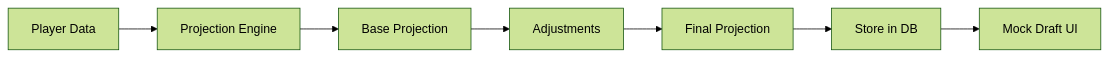
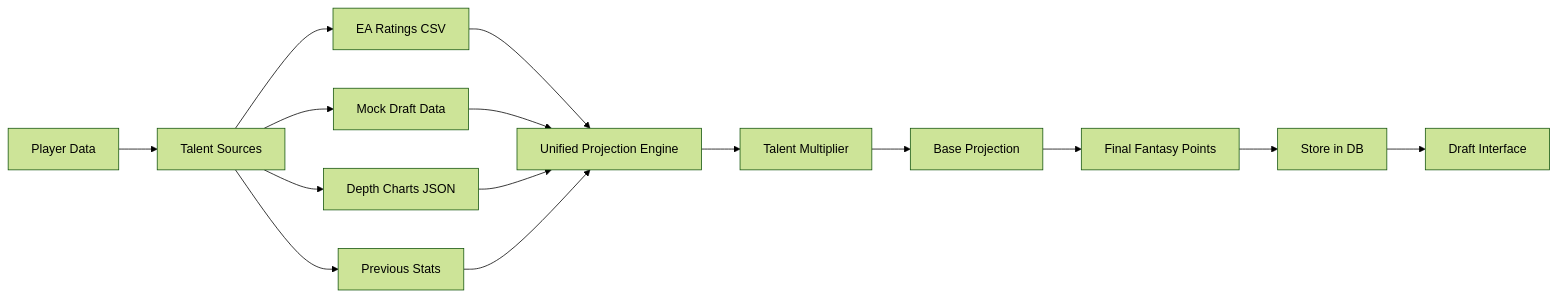
The fifth of 6 diagrams in docs/DATA_FLOW.md (kpm34/college-football-fantasy-app), drawn with Mermaid (forest theme) before and after one commit. The commit also changed other lines of this file and 1 other file, not shown here.

First line of the commit message:
docs: update authentication flow with OAuth integration; enhance talent projections documentation

````diff
--- a/docs/DATA_FLOW.md
+++ b/docs/DATA_FLOW.md
@@ -78,9 +85,17 @@
 ```mermaid
 graph LR
-    A[Player Data] --> B[Projection Engine]
-    B --> C[Base Projection]
-    C --> D[Adjustments]
-    D --> E[Final Projection]
-    E --> F[Store in DB]
-    F --> G[Mock Draft UI]
+    A[Player Data] --> B[Talent Sources]
+    B --> C[EA Ratings CSV]
+    B --> D[Mock Draft Data]
+    B --> E[Depth Charts JSON]
+    B --> F[Previous Stats]
+    C --> G[Unified Projection Engine]
+    D --> G
+    E --> G
+    F --> G
+    G --> H[Talent Multiplier]
+    H --> I[Base Projection]
+    I --> J[Final Fantasy Points]
+    J --> K[Store in DB]
+    K --> L[Draft Interface]
 ```
````
